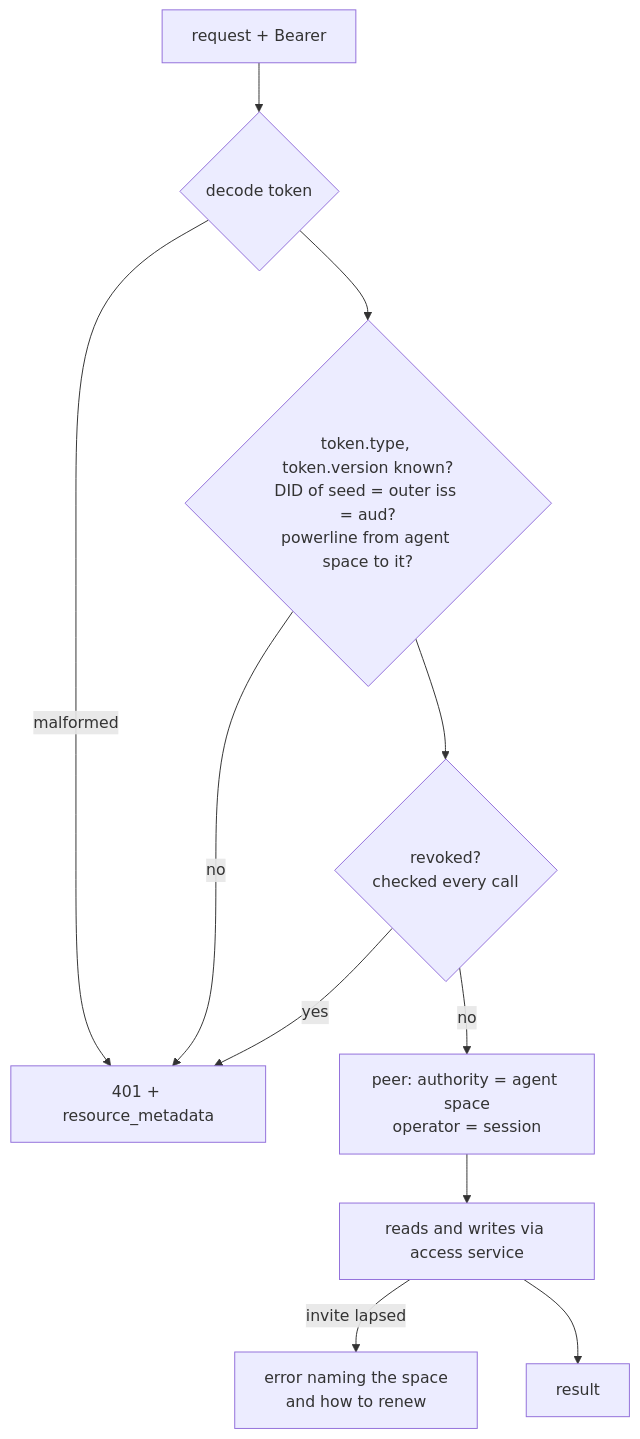
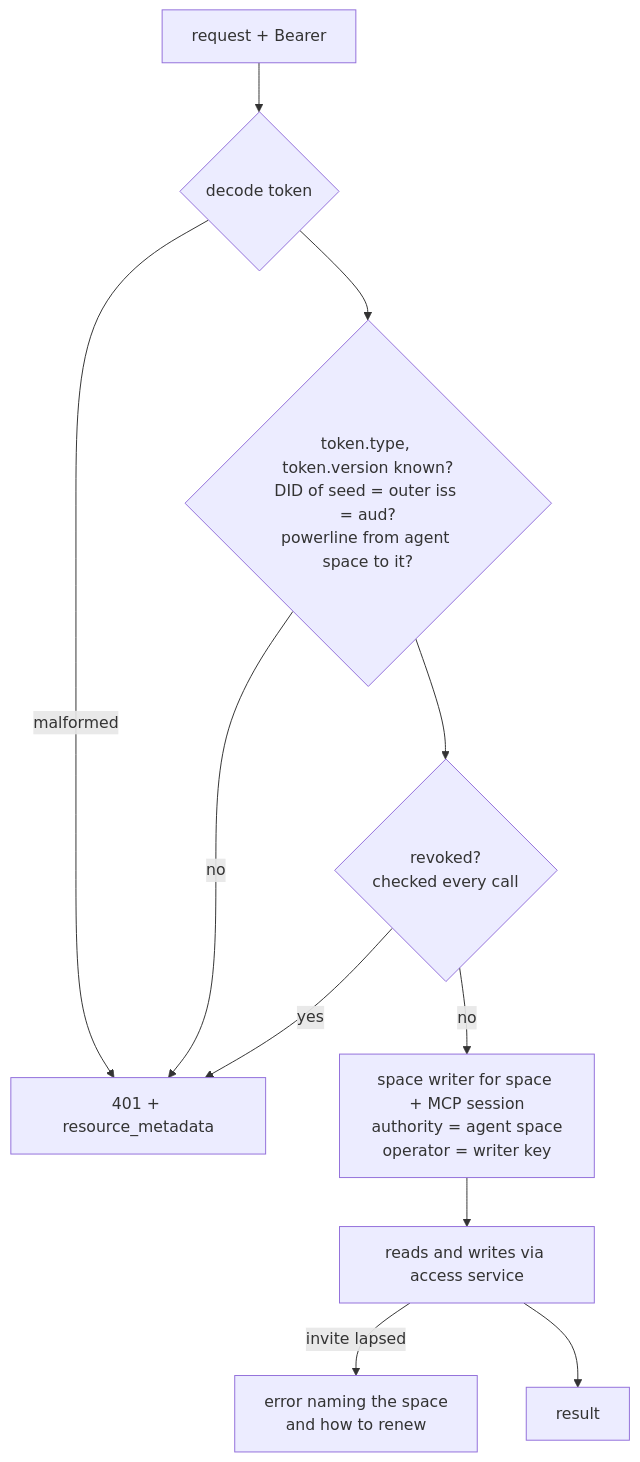
The fifth of 8 diagrams in plans/2026-10-28-hosted-agent-peer.md (tonk-labs/tonk), drawn with Mermaid before and after one commit. The commit also changed other lines of this file, not shown here.

First line of the commit message:
plans: one space writer per space and MCP session after the stage 0 spike

````diff
--- a/plans/2026-10-28-hosted-agent-peer.md
+++ b/plans/2026-10-28-hosted-agent-peer.md
@@ -169,13 +178,13 @@
 ```mermaid
 flowchart TD
   req[request + Bearer] --> decode{decode token}
   decode -- malformed --> e401[401 + resource_metadata]
   decode --> verify{"token.type, token.version known?<br/>DID of seed = outer iss = aud?<br/>powerline from agent space to it?"}
   verify -- no --> e401
   verify --> revoked{revoked?<br/>checked every call}
   revoked -- yes --> e401
-  revoked -- no --> peer[peer: authority = agent space<br/>operator = session]
-  peer --> svc[reads and writes via access service]
+  revoked -- no --> writer[space writer for space + MCP session<br/>authority = agent space<br/>operator = writer key]
+  writer --> svc[reads and writes via access service]
   svc -- invite lapsed --> terr[error naming the space<br/>and how to renew]
   svc --> ok[result]
 ```
````
